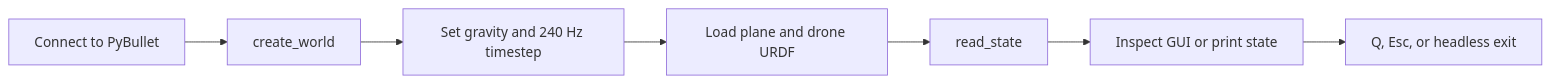
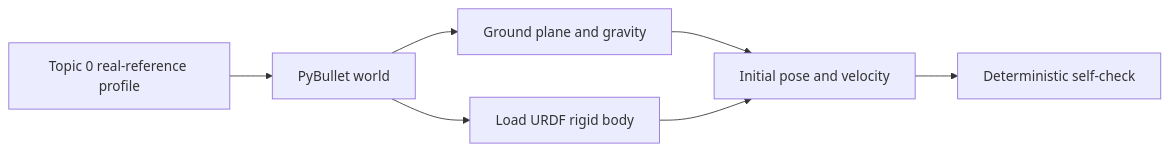
One commit to amire2000/drone-physics-and-simulation-course changed the diagram in docs/modules/06-autonomous-hover/01-initialize-environment/index.md. Above: the diagram before and after it, drawn with Mermaid. The commit also changed other lines of this file and 56 other files, not shown here.

````diff
--- a/docs/modules/06-autonomous-hover/01-initialize-environment/index.md
+++ b/docs/modules/06-autonomous-hover/01-initialize-environment/index.md
@@ -15,9 +11,9 @@
 ```mermaid
 flowchart LR
-    connect[Connect to PyBullet] --> world[create_world]
-    world --> clock[Set gravity and 240 Hz timestep]
-    clock --> assets[Load plane and drone URDF]
-    assets --> state[read_state]
-    state --> inspect[Inspect GUI or print state]
-    inspect --> exit[Q, Esc, or headless exit]
+    profile[Topic 0 real-reference profile] --> world[PyBullet world]
+    world --> ground[Ground plane and gravity]
+    world --> urdf[Load URDF rigid body]
+    ground --> state[Initial pose and velocity]
+    urdf --> state
+    state --> check[Deterministic self-check]
 ```
````
